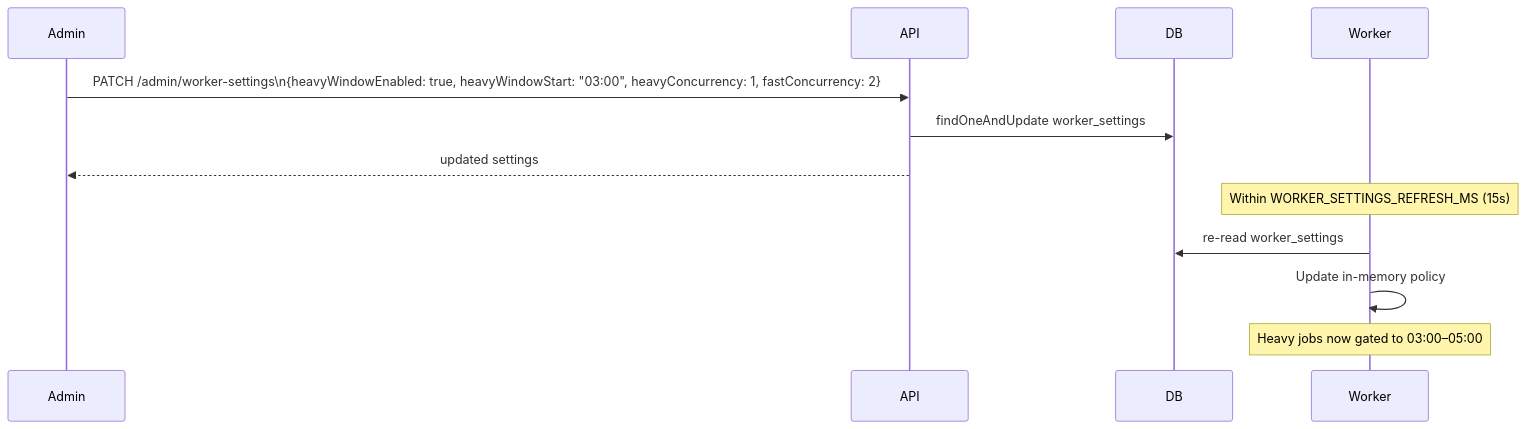
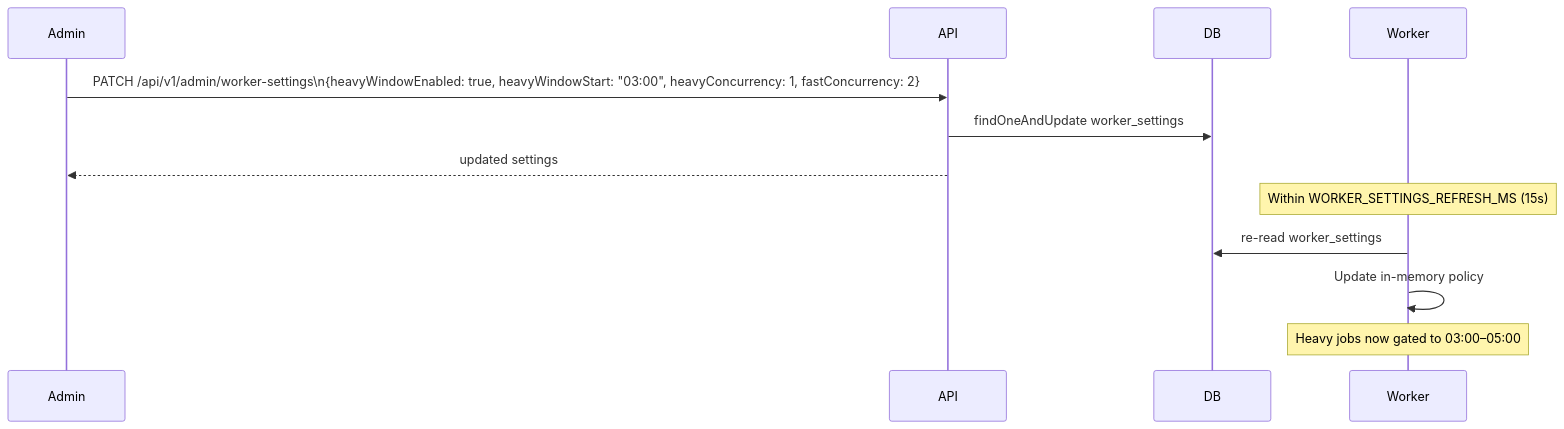
The fourth of 4 diagrams in docs/platform/api-worker-integration.md (a3emond/audiobook-platform), drawn with Mermaid before and after one commit. The commit also changed other lines of this file and 87 other files, not shown here.

First line of the commit message:
Refactor architecture documentation and remove outdated Apple Swift starter project guide

````diff
--- a/docs/platform/api-worker-integration.md
+++ b/docs/platform/api-worker-integration.md
@@ -198,17 +198,17 @@
 ```mermaid
 sequenceDiagram
     participant Admin
     participant API
     participant DB
     participant Worker
 
-    Admin->>API: PATCH /admin/worker-settings\n{heavyWindowEnabled: true, heavyWindowStart: "03:00", heavyConcurrency: 1, fastConcurrency: 2}
+    Admin->>API: PATCH /api/v1/admin/worker-settings\n{heavyWindowEnabled: true, heavyWindowStart: "03:00", heavyConcurrency: 1, fastConcurrency: 2}
     API->>DB: findOneAndUpdate worker_settings
     API-->>Admin: updated settings
 
     Note over Worker: Within WORKER_SETTINGS_REFRESH_MS (15s)
 
     Worker->>DB: re-read worker_settings
     Worker->>Worker: Update in-memory policy
     Note over Worker: Heavy jobs now gated to 03:00–05:00
 ```
````
